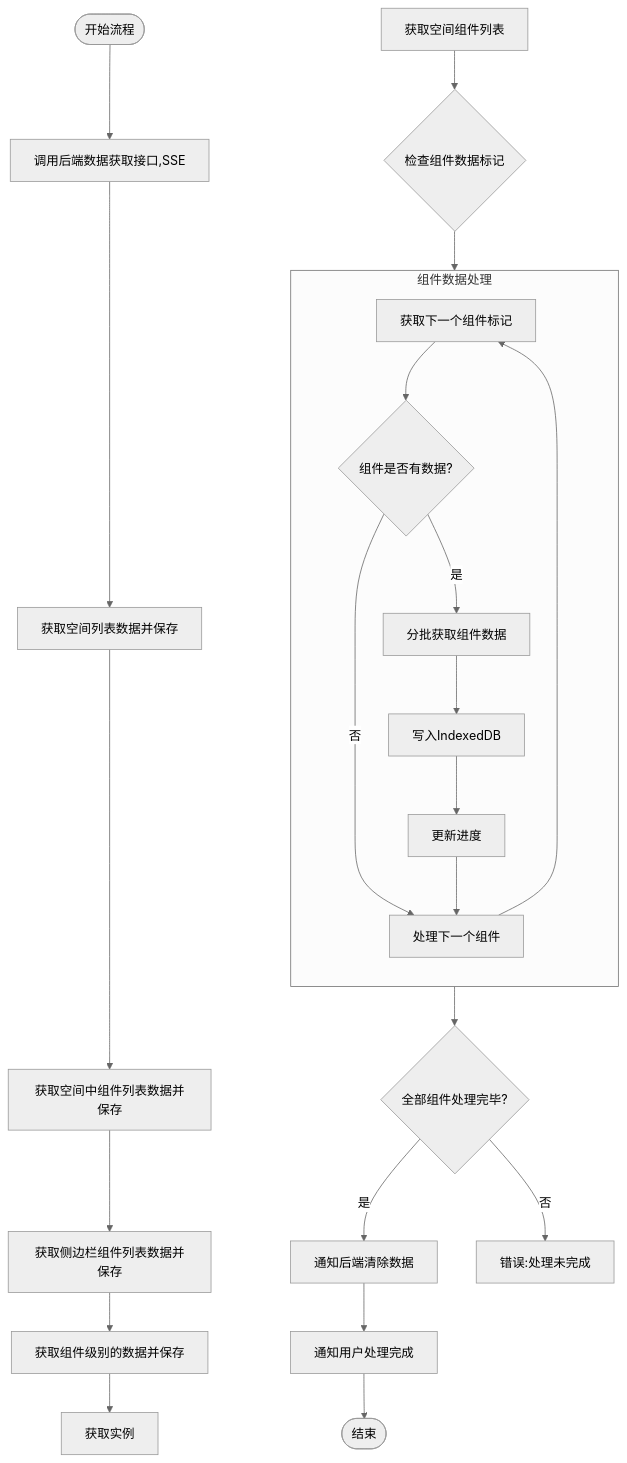
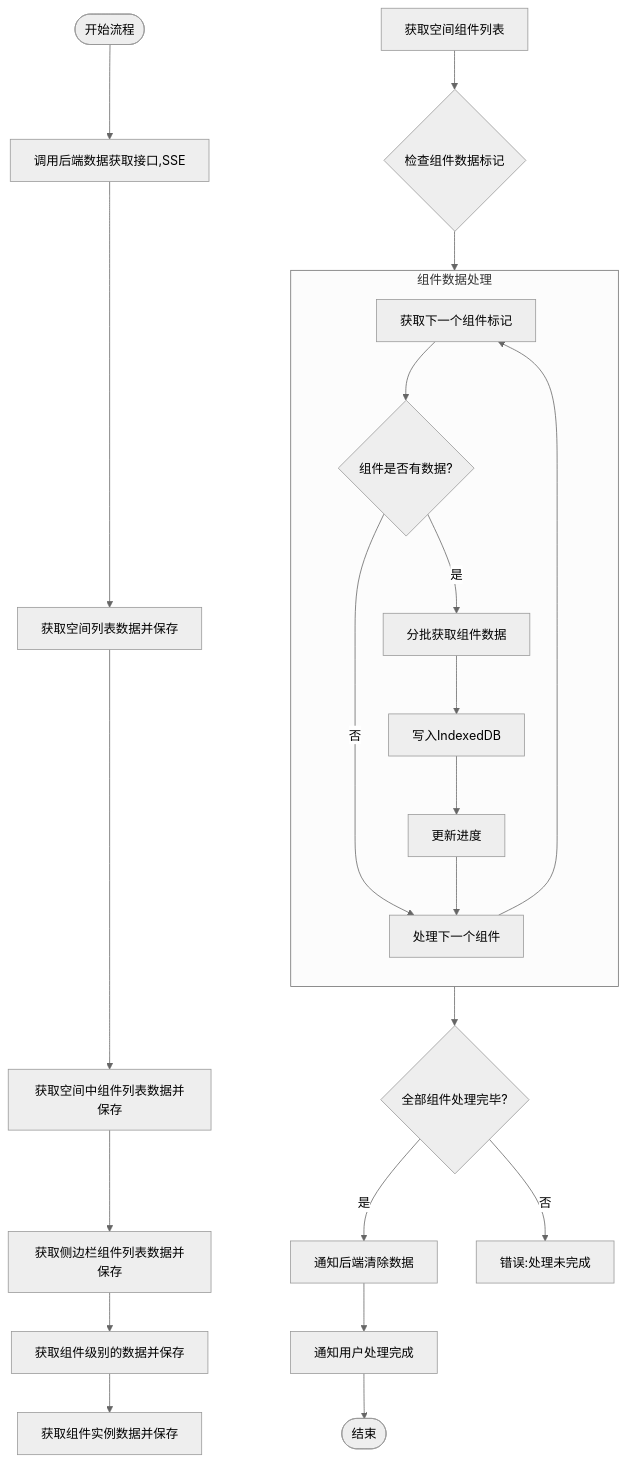
One commit to yingjianzh/iodraw-files changed the diagram in all/未命名-59.md. Above: the diagram before and after it, drawn with Mermaid (neutral theme).

Commit message:
2025-05-14 14:54:26 update

````diff
--- a/all/未命名-59.md
+++ b/all/未命名-59.md
@@ -1,38 +1,38 @@
 ```mermaid
 
 flowchart TD
     Start([开始流程]) --> FetchData[调用后端数据获取接口,SSE]
     FetchData --> FetchSpaceData[获取空间列表数据并保存]
    
     FetchSpaceData --> FetchSpaceComponent[获取空间中组件列表数据并保存]
 
     FetchSpaceComponent --> FetchSiderComponent[获取侧边栏组件列表数据并保存]
 
     FetchSiderComponent --> FetchComponent[获取组件级别的数据并保存]
 
-    FetchComponent --> FetchInstance[获取实例]
+    FetchComponent --> FetchInstance[获取组件实例数据并保存]
     
     FetchComponentList[获取空间组件列表]
     FetchComponentList --> CheckComponentData{检查组件数据标记}
     
     subgraph ComponentProcess [组件数据处理]
         direction TB
         A[获取下一个组件标记] --> B{组件是否有数据?}
         B -->|否| NextComponent[处理下一个组件]
         B -->|是| C[分批获取组件数据]
         C --> D[写入IndexedDB]
         D --> UpdateProgress[更新进度]
         UpdateProgress --> NextComponent
         NextComponent --> A
     end
     
     CheckComponentData --> ComponentProcess
     ComponentProcess --> AllComponentsProcessed{全部组件处理完毕?}
     
     AllComponentsProcessed -->|是| ClearServerData[通知后端清除数据]
     AllComponentsProcessed -->|否| Error3[错误:处理未完成]
     
     ClearServerData --> CompletionNotification[通知用户处理完成]
     CompletionNotification --> End([结束])
 
 ```
````
